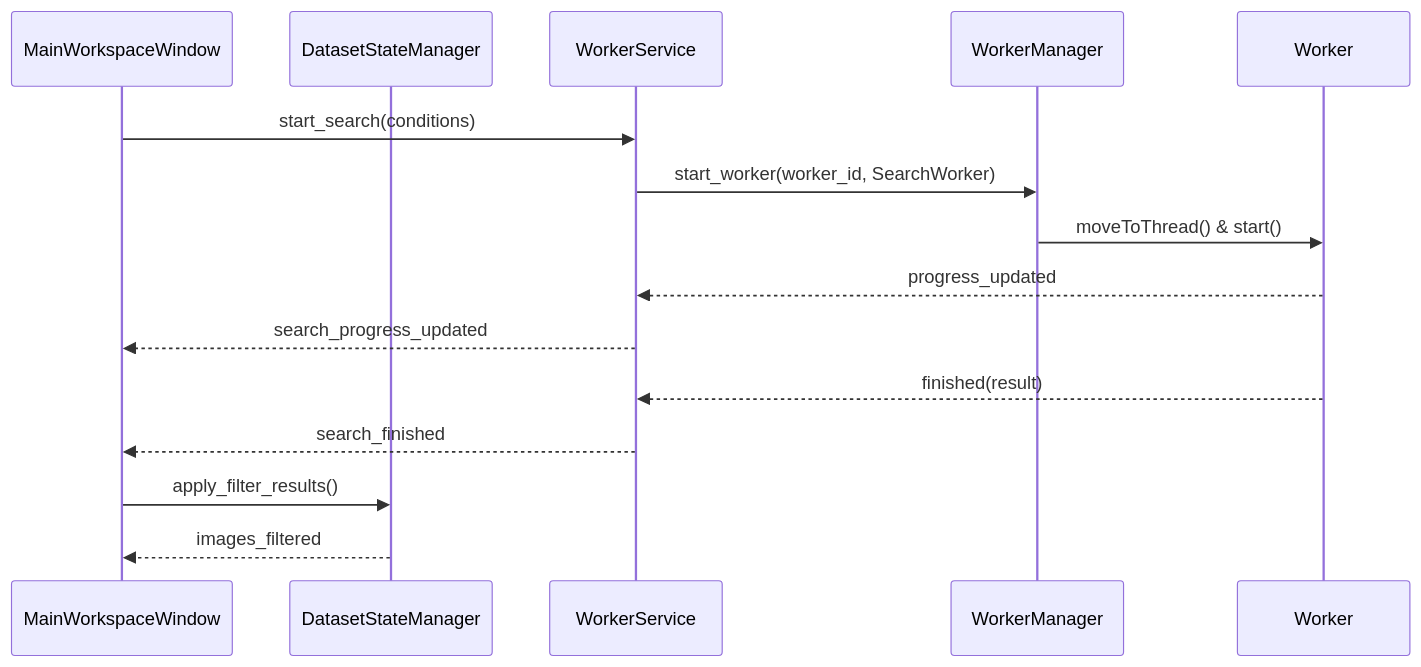
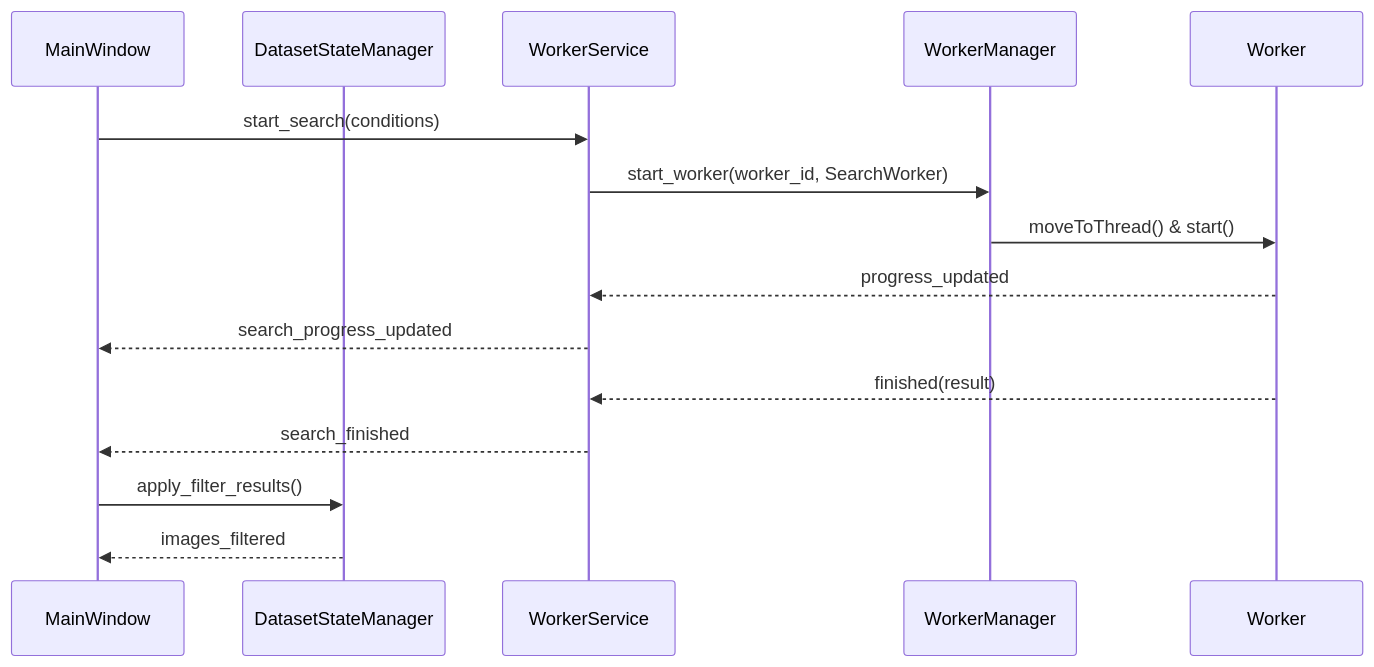
One commit to NEXTAltair/LoRAIro changed the second of 2 diagrams in docs/specs/interfaces/gui_interface.md. Above: the diagram before and after it, drawn with Mermaid. The commit also changed other lines of this file and 11 other files, not shown here.

First line of the commit message:
docs: complete Phase 3 documentation cleanup and architecture analysis

````diff
--- a/docs/specs/interfaces/gui_interface.md
+++ b/docs/specs/interfaces/gui_interface.md
@@ -159,18 +159,18 @@
 ```mermaid
 sequenceDiagram
-    participant UI as MainWorkspaceWindow
+    participant UI as MainWindow
     participant DS as DatasetStateManager  
     participant WS as WorkerService
     participant WM as WorkerManager
     participant W as Worker
 
     UI->>WS: start_search(conditions)
     WS->>WM: start_worker(worker_id, SearchWorker)
     WM->>W: moveToThread() & start()
     W-->>WS: progress_updated
     WS-->>UI: search_progress_updated
     W-->>WS: finished(result)
     WS-->>UI: search_finished
     UI->>DS: apply_filter_results()
     DS-->>UI: images_filtered
 ```
````
